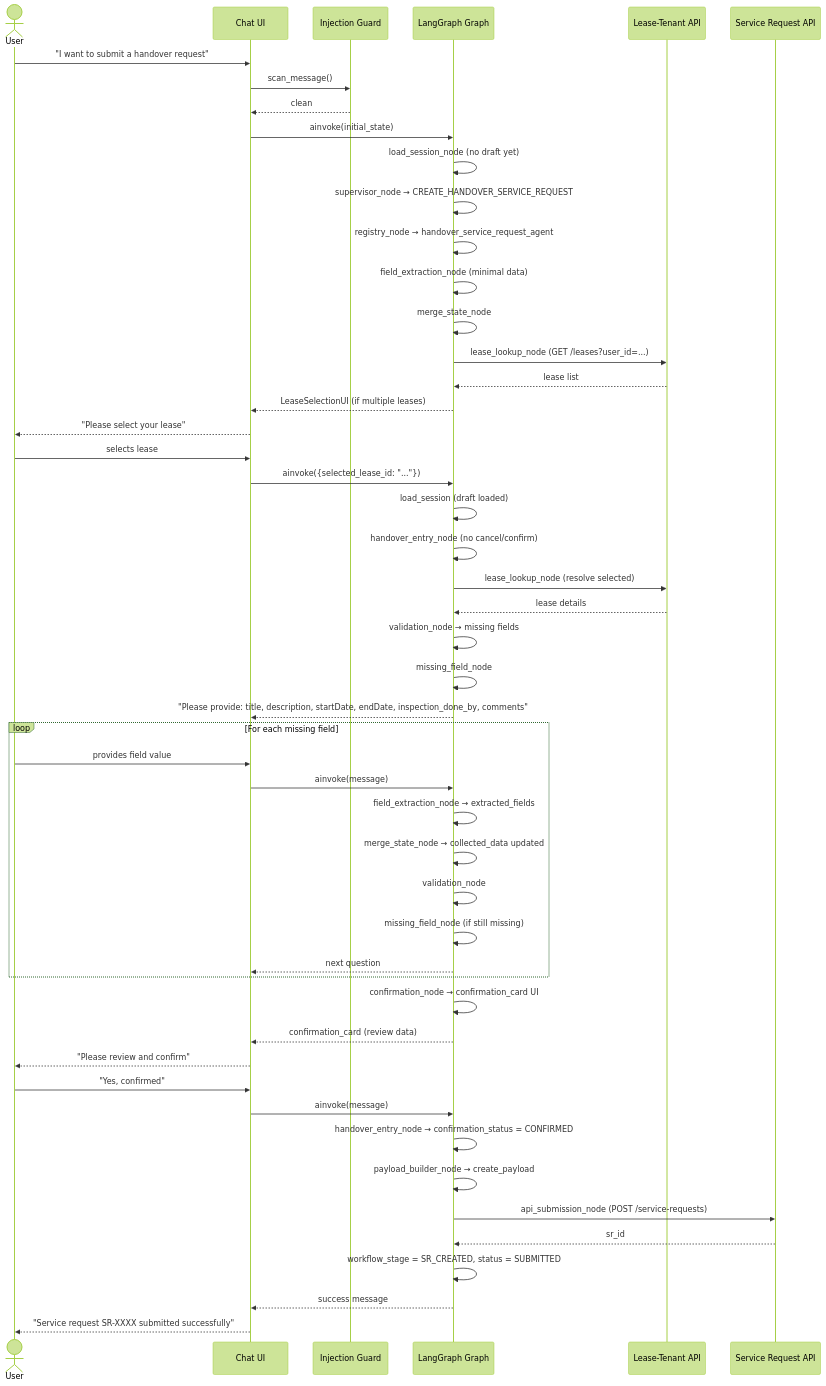
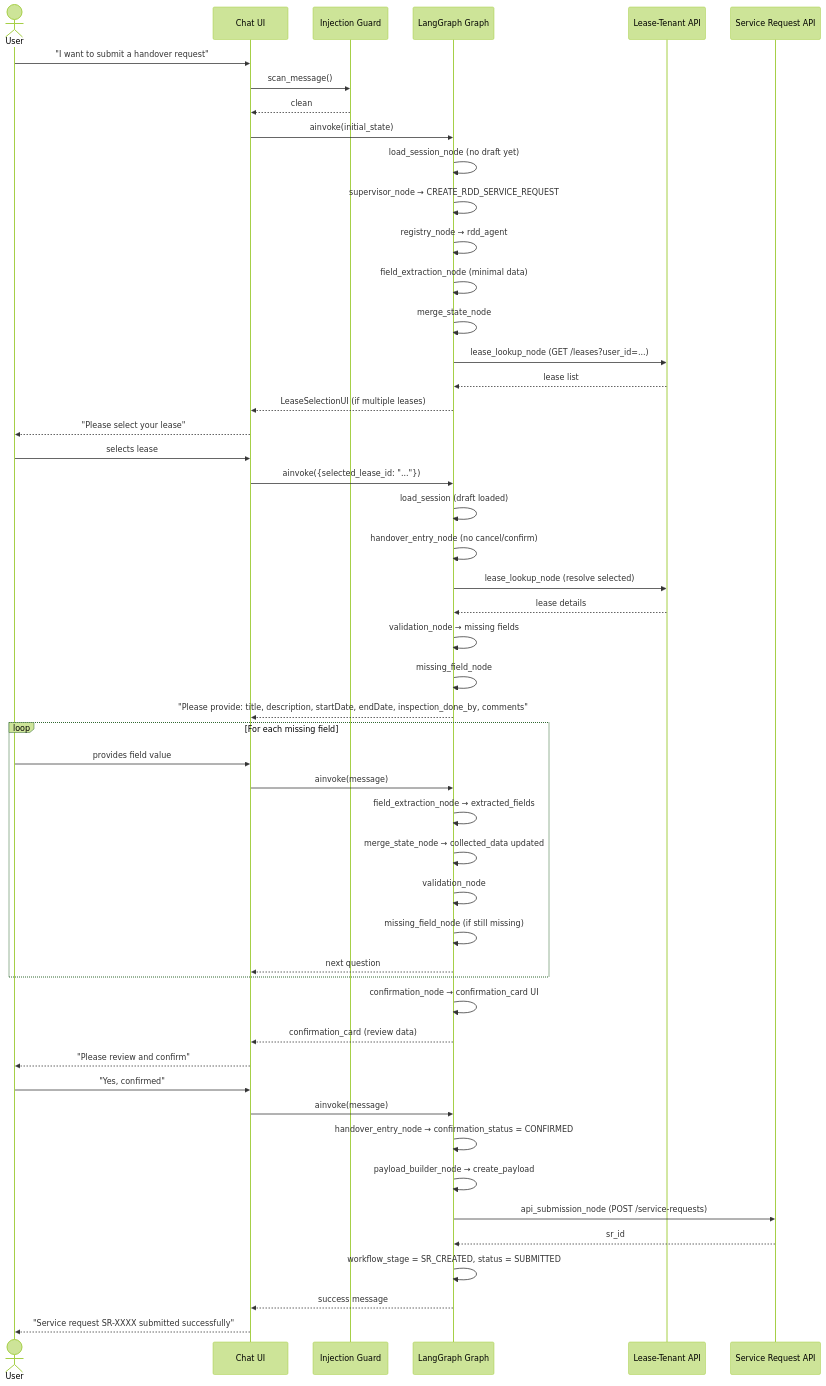
Before and after one commit to swa01wk/Cenomi-RDD-Chatbot: the diagram in service-request-chatbot/docs/handover-workflow.md, drawn with Mermaid (forest theme). The commit also changed 109 other files, not shown here.

````diff
--- a/service-request-chatbot/docs/handover-workflow.md
+++ b/service-request-chatbot/docs/handover-workflow.md
@@ -28,57 +28,57 @@
 ```mermaid
 sequenceDiagram
     actor User
     participant Chat as Chat UI
     participant Guard as Injection Guard
     participant Graph as LangGraph Graph
     participant Lease as Lease-Tenant API
     participant SRAPI as Service Request API
 
     User->>Chat: "I want to submit a handover request"
     Chat->>Guard: scan_message()
     Guard-->>Chat: clean
     Chat->>Graph: ainvoke(initial_state)
     Graph->>Graph: load_session_node (no draft yet)
-    Graph->>Graph: supervisor_node → CREATE_HANDOVER_SERVICE_REQUEST
-    Graph->>Graph: registry_node → handover_service_request_agent
+    Graph->>Graph: supervisor_node → CREATE_RDD_SERVICE_REQUEST
+    Graph->>Graph: registry_node → rdd_agent
     Graph->>Graph: field_extraction_node (minimal data)
     Graph->>Graph: merge_state_node
     Graph->>Lease: lease_lookup_node (GET /leases?user_id=...)
     Lease-->>Graph: lease list
     Graph-->>Chat: LeaseSelectionUI (if multiple leases)
     Chat-->>User: "Please select your lease"
 
     User->>Chat: selects lease
     Chat->>Graph: ainvoke({selected_lease_id: "..."})
     Graph->>Graph: load_session (draft loaded)
     Graph->>Graph: handover_entry_node (no cancel/confirm)
     Graph->>Lease: lease_lookup_node (resolve selected)
     Lease-->>Graph: lease details
     Graph->>Graph: validation_node → missing fields
     Graph->>Graph: missing_field_node
     Graph-->>Chat: "Please provide: title, description, startDate, endDate, inspection_done_by, comments"
 
     loop For each missing field
         User->>Chat: provides field value
         Chat->>Graph: ainvoke(message)
         Graph->>Graph: field_extraction_node → extracted_fields
         Graph->>Graph: merge_state_node → collected_data updated
         Graph->>Graph: validation_node
         Graph->>Graph: missing_field_node (if still missing)
         Graph-->>Chat: next question
     end
 
     Graph->>Graph: confirmation_node → confirmation_card UI
     Graph-->>Chat: confirmation_card (review data)
     Chat-->>User: "Please review and confirm"
 
     User->>Chat: "Yes, confirmed"
     Chat->>Graph: ainvoke(message)
     Graph->>Graph: handover_entry_node → confirmation_status = CONFIRMED
     Graph->>Graph: payload_builder_node → create_payload
     Graph->>SRAPI: api_submission_node (POST /service-requests)
     SRAPI-->>Graph: sr_id
     Graph->>Graph: workflow_stage = SR_CREATED, status = SUBMITTED
     Graph-->>Chat: success message
     Chat-->>User: "Service request SR-XXXX submitted successfully"
 ```
````
